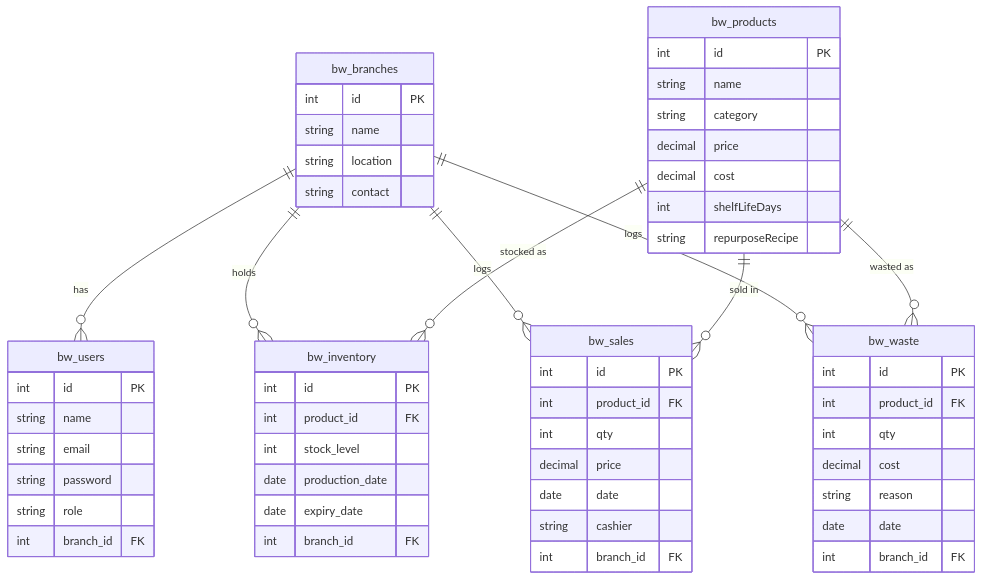
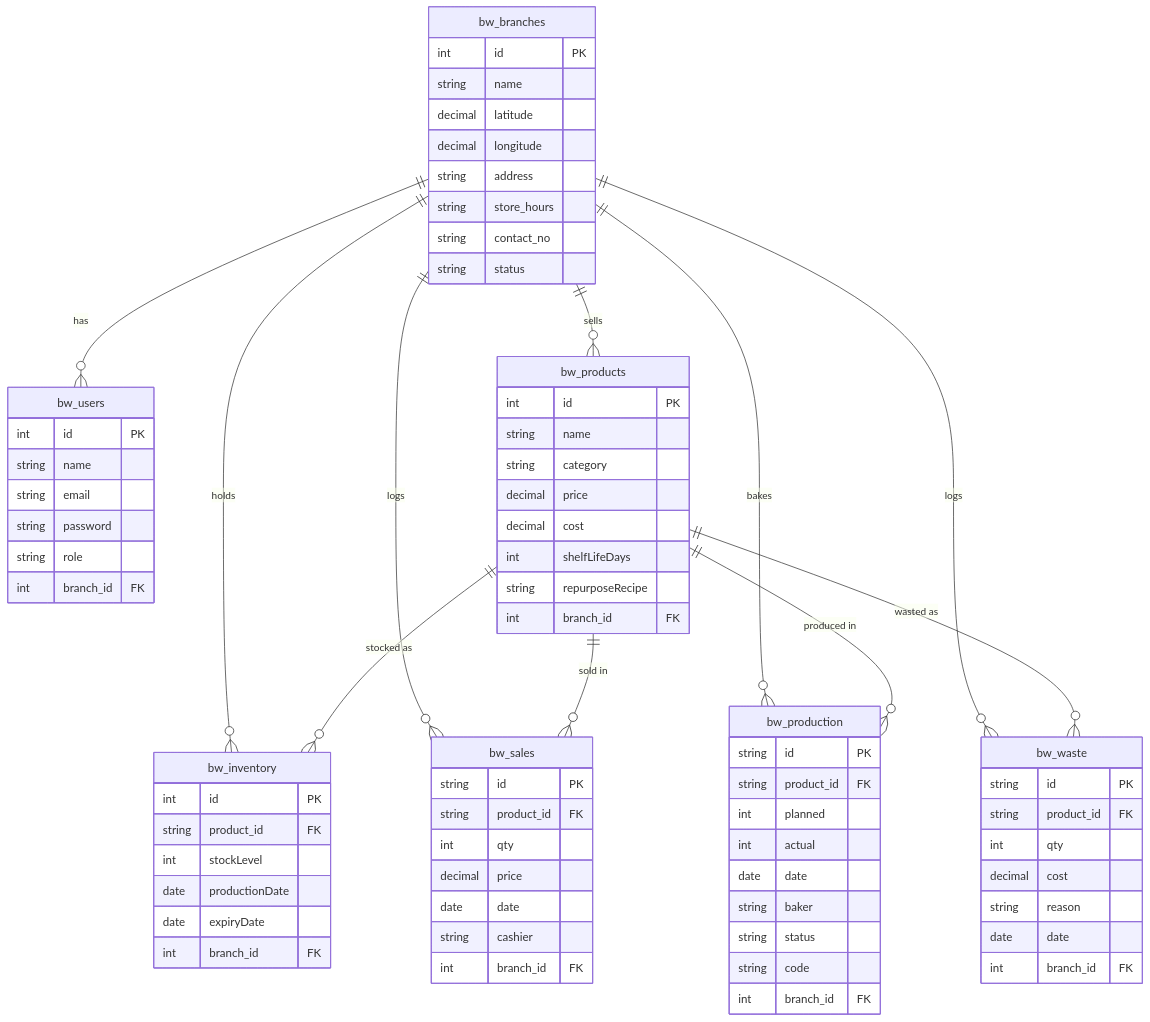
Before and after one commit to rubygraceones-gif/CAPSTONEbakewise_system: the fifth of 7 diagrams in docs/DIAGRAMS.md, drawn with Mermaid. The commit also changed other lines of this file and 1 other file, not shown here.

Commit message:
Update Chapter 4 documentation and System Diagrams

````diff
--- a/docs/DIAGRAMS.md
+++ b/docs/DIAGRAMS.md
@@ -7,8 +193,12 @@
     bw_branches {
         int id PK
         string name
-        string location
-        string contact
+        decimal latitude
+        decimal longitude
+        string address
+        string store_hours
+        string contact_no
+        string status
     }
     
     bw_users {
@@ -28,20 +218,21 @@
         decimal cost
         int shelfLifeDays
         string repurposeRecipe
+        int branch_id FK
     }
     
     bw_inventory {
         int id PK
-        int product_id FK
-        int stock_level
-        date production_date
-        date expiry_date
+        string product_id FK
+        int stockLevel
+        date productionDate
+        date expiryDate
         int branch_id FK
     }
     
     bw_sales {
-        int id PK
-        int product_id FK
+        string id PK
+        string product_id FK
         int qty
         decimal price
         date date
@@ -49,9 +240,21 @@
         int branch_id FK
     }
     
+    bw_production {
+        string id PK
+        string product_id FK
+        int planned
+        int actual
+        date date
+        string baker
+        string status
+        string code
+        int branch_id FK
+    }
+    
     bw_waste {
-        int id PK
-        int product_id FK
+        string id PK
+        string product_id FK
         int qty
         decimal cost
         string reason
@@ -60,10 +263,14 @@
     }
 
     bw_branches ||--o{ bw_users : has
+    bw_branches ||--o{ bw_products : sells
     bw_branches ||--o{ bw_inventory : holds
     bw_branches ||--o{ bw_sales : logs
+    bw_branches ||--o{ bw_production : bakes
     bw_branches ||--o{ bw_waste : logs
+    
     bw_products ||--o{ bw_inventory : "stocked as"
     bw_products ||--o{ bw_sales : "sold in"
+    bw_products ||--o{ bw_production : "produced in"
     bw_products ||--o{ bw_waste : "wasted as"
 ```
````
